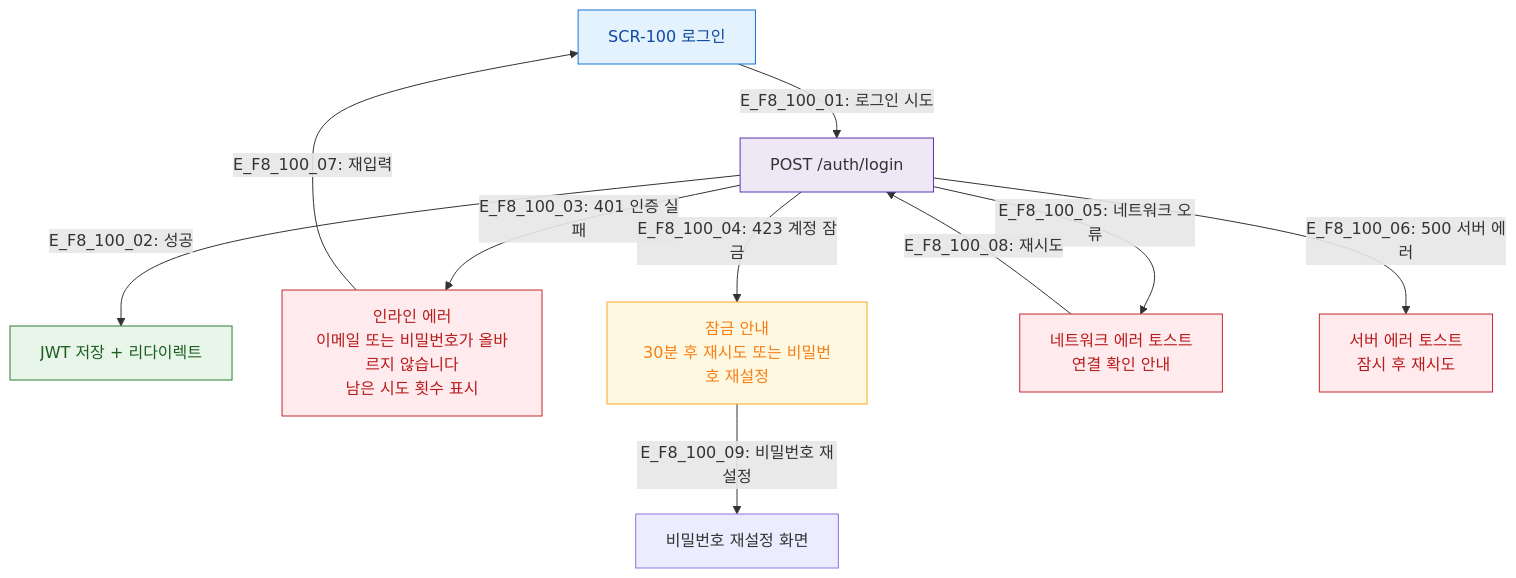
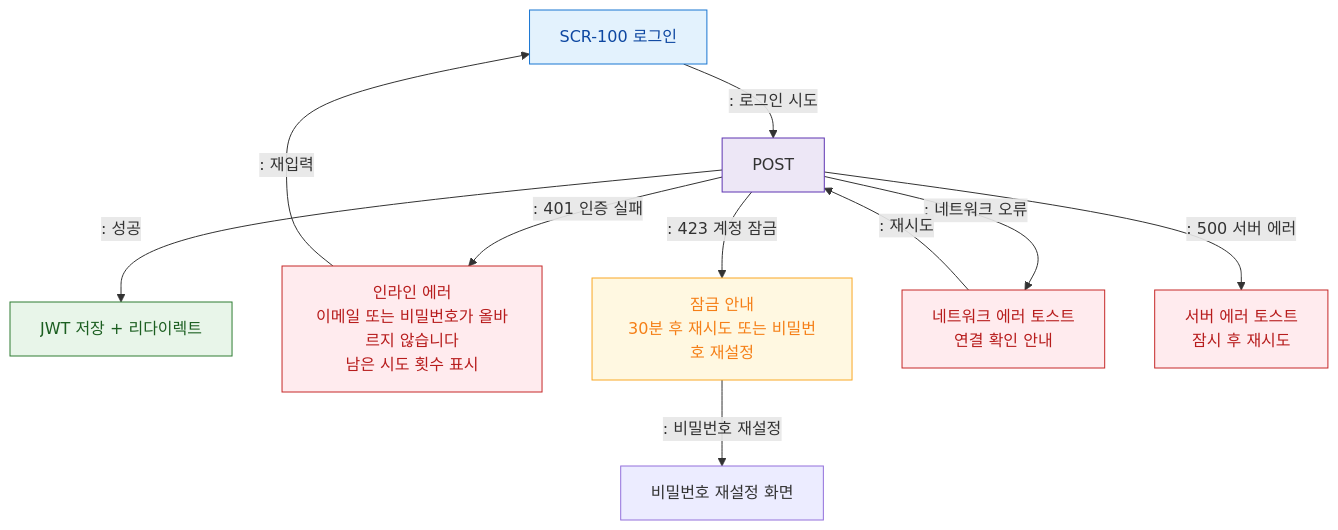
One commit to dev-spogym/admin-pando changed the diagram in docs/다이어그램/D10_본사관리/SCR-100_로그인/F8_에러예외복구.md. Above: the diagram before and after it, drawn with Mermaid. The commit also changed other lines of this file and 1660 other files, not shown here.

First line of the commit message:
다이어그램: 기획자/클라이언트 납품본으로 정리

````diff
--- a/docs/다이어그램/D10_본사관리/SCR-100_로그인/F8_에러예외복구.md
+++ b/docs/다이어그램/D10_본사관리/SCR-100_로그인/F8_에러예외복구.md
@@ -14,26 +12,26 @@
 ```mermaid
 flowchart TD
     SCR100[SCR-100 로그인]
 
-    SCR100 -->|"E_F8_100_01: 로그인 시도"| LoginReq[POST /auth/login]
-    LoginReq -->|"E_F8_100_02: 성공"| LoginOK[JWT 저장 + 리다이렉트]
-    LoginReq -->|"E_F8_100_03: 401 인증 실패"| E_Auth[인라인 에러\n이메일 또는 비밀번호가 올바르지 않습니다\n남은 시도 횟수 표시]
-    LoginReq -->|"E_F8_100_04: 423 계정 잠금"| E_Locked[잠금 안내\n30분 후 재시도 또는 비밀번호 재설정]
-    LoginReq -->|"E_F8_100_05: 네트워크 오류"| E_Network[네트워크 에러 토스트\n연결 확인 안내]
-    LoginReq -->|"E_F8_100_06: 500 서버 에러"| E_Server[서버 에러 토스트\n잠시 후 재시도]
+    SCR100 -->|": 로그인 시도"|LoginReq[POST]
+    LoginReq -->|": 성공"|LoginOK[JWT 저장 + 리다이렉트]
+    LoginReq -->|": 401 인증 실패"|E_Auth[인라인 에러\n이메일 또는 비밀번호가 올바르지 않습니다\n남은 시도 횟수 표시]
+    LoginReq -->|": 423 계정 잠금"|E_Locked[잠금 안내\n30분 후 재시도 또는 비밀번호 재설정]
+    LoginReq -->|": 네트워크 오류"|E_Network[네트워크 에러 토스트\n연결 확인 안내]
+    LoginReq -->|": 500 서버 에러"|E_Server[서버 에러 토스트\n잠시 후 재시도]
 
-    E_Auth -->|"E_F8_100_07: 재입력"| SCR100
-    E_Network -->|"E_F8_100_08: 재시도"| LoginReq
-    E_Locked -->|"E_F8_100_09: 비밀번호 재설정"| ForgotPw[비밀번호 재설정 화면]
+    E_Auth -->|": 재입력"|SCR100
+    E_Network -->|": 재시도"|LoginReq
+    E_Locked -->|": 비밀번호 재설정"|ForgotPw[비밀번호 재설정 화면]
 
     classDef screen fill:#E3F2FD,stroke:#1976D2,color:#0D47A1
     classDef success fill:#E8F5E9,stroke:#2E7D32,color:#1B5E20
     classDef error fill:#FFEBEE,stroke:#C62828,color:#B71C1C
     classDef warning fill:#FFF8E1,stroke:#F9A825,color:#F57F17
     classDef system fill:#EDE7F6,stroke:#5E35B2
     class SCR100 screen
     class LoginOK success
     class E_Auth,E_Network,E_Server error
     class E_Locked warning
     class LoginReq system
 ```
````
